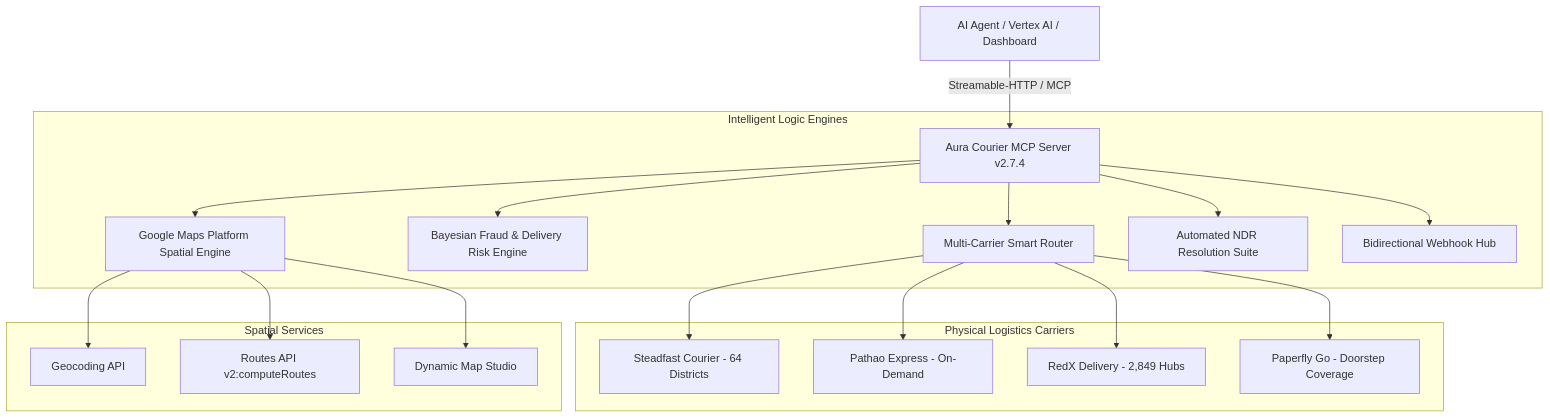
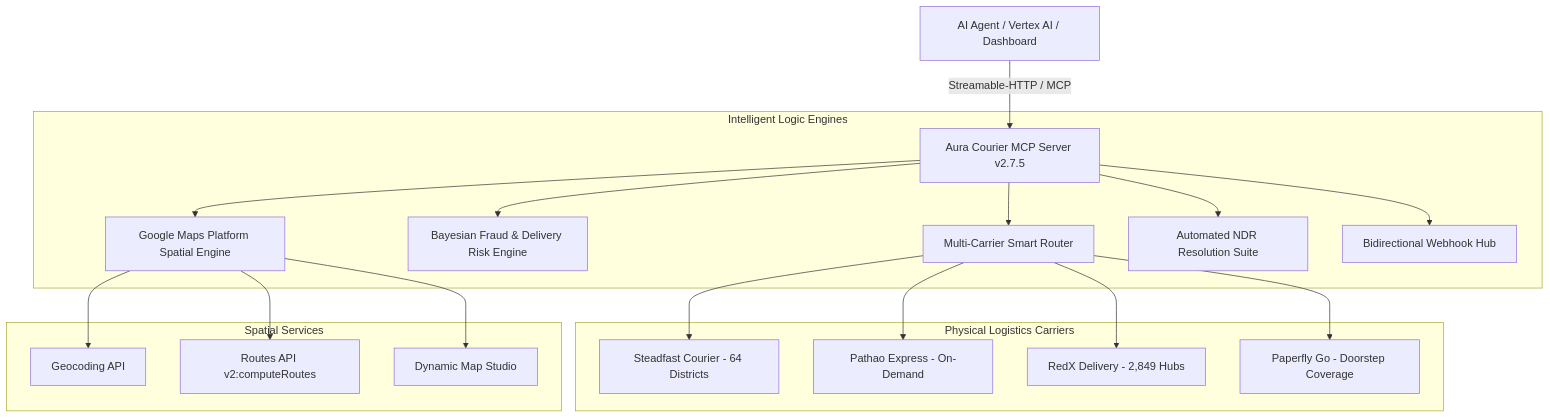
Before and after one commit to auraajenticai/aura-courier-mcp: the diagram in MASTER_OPERATIONS_MANUAL.md, drawn with Mermaid. The commit also changed other lines of this file and 16 other files, not shown here.

````diff
--- a/MASTER_OPERATIONS_MANUAL.md
+++ b/MASTER_OPERATIONS_MANUAL.md
@@ -12,25 +12,25 @@
 ```mermaid
 graph TD
-    AI[AI Agent / Vertex AI / Dashboard] -->|Streamable-HTTP / MCP| MCP[Aura Courier MCP Server v2.7.4]
+    AI[AI Agent / Vertex AI / Dashboard] -->|Streamable-HTTP / MCP| MCP[Aura Courier MCP Server v2.7.5]
     
     subgraph "Intelligent Logic Engines"
         MCP --> ROUTER[Multi-Carrier Smart Router]
         MCP --> FRAUD[Bayesian Fraud & Delivery Risk Engine]
         MCP --> SPATIAL[Google Maps Platform Spatial Engine]
         MCP --> NDR[Automated NDR Resolution Suite]
         MCP --> WEBHOOKS[Bidirectional Webhook Hub]
     end
     
     subgraph "Physical Logistics Carriers"
         ROUTER --> SF[Steadfast Courier - 64 Districts]
         ROUTER --> PT[Pathao Express - On-Demand]
         ROUTER --> RX[RedX Delivery - 2,849 Hubs]
         ROUTER --> PF[Paperfly Go - Doorstep Coverage]
     end
     
     subgraph "Spatial Services"
         SPATIAL --> GEO[Geocoding API]
         SPATIAL --> ROUTES[Routes API v2:computeRoutes]
         SPATIAL --> STUDIO[Dynamic Map Studio]
     end
 ```
````
